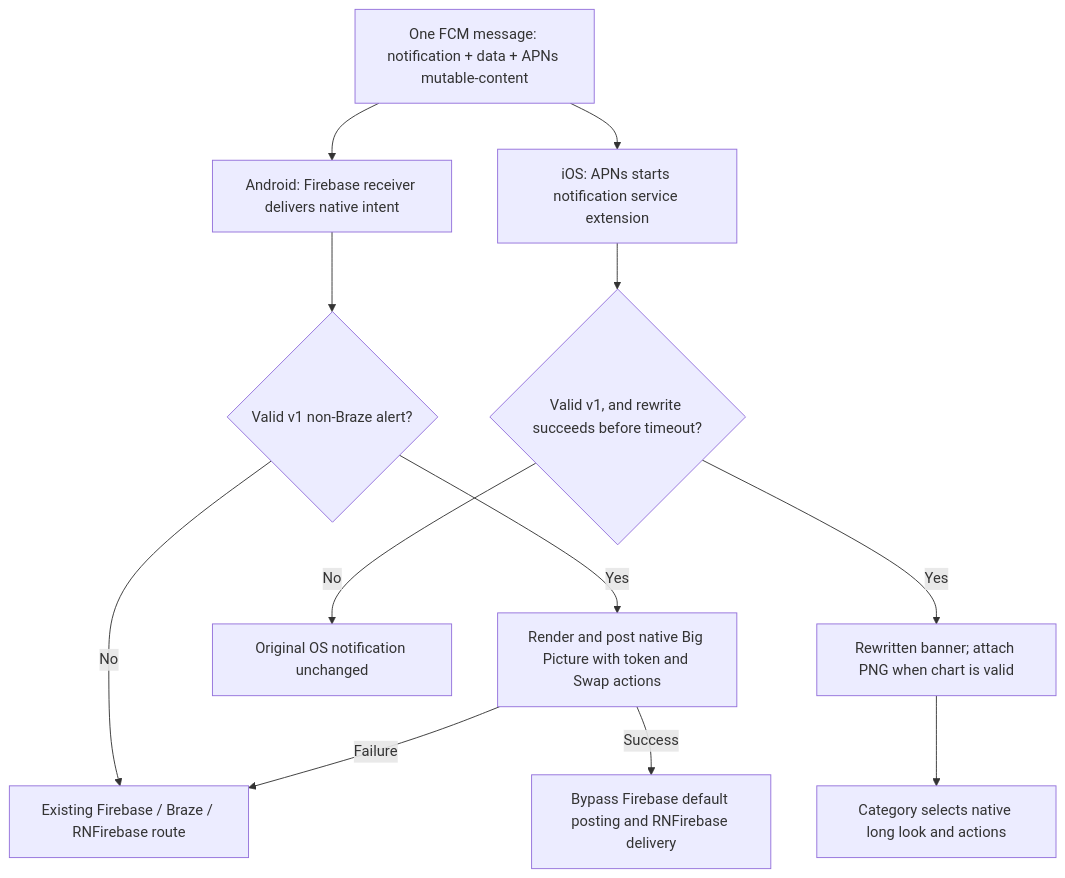
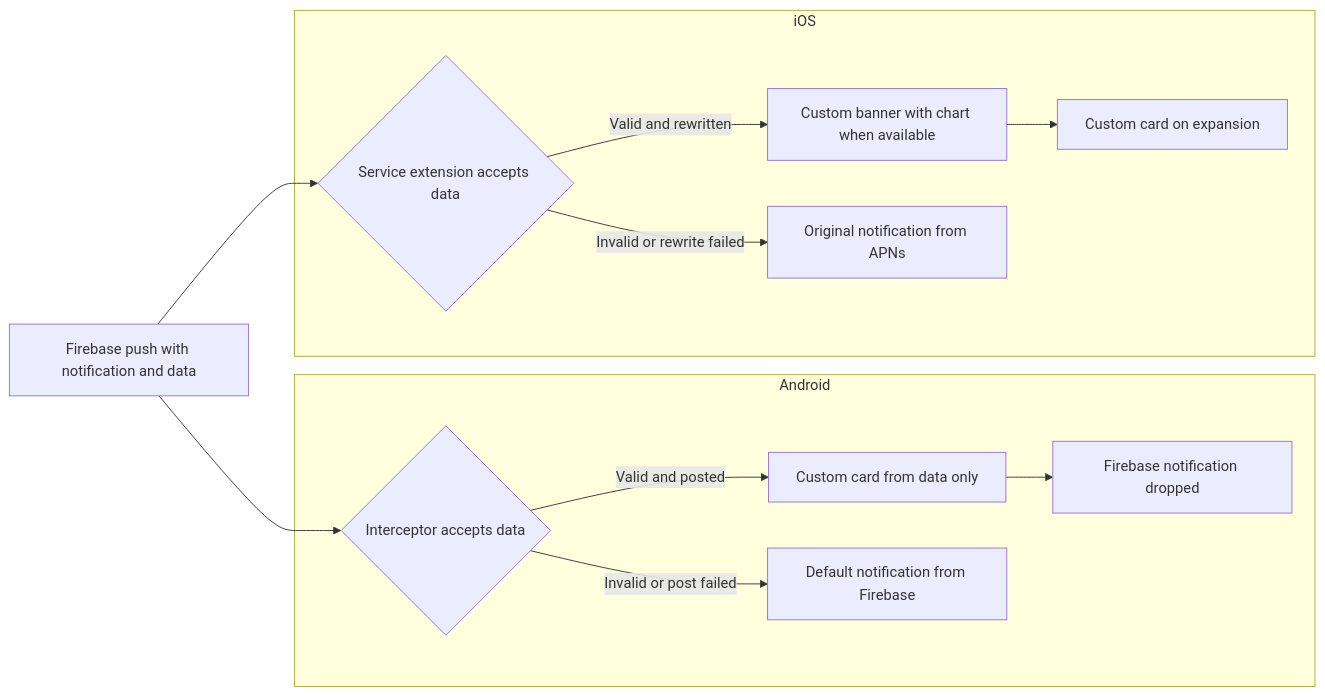
One commit to MetaMask/metamask-mobile changed the diagram in docs/poc-custom-push-notifications.md. Above: the diagram before and after it, drawn with Mermaid.

Commit message:
Simplify the price alert delivery diagram for GitHub

````diff
--- a/docs/poc-custom-push-notifications.md
+++ b/docs/poc-custom-push-notifications.md
@@ -38,14 +38,24 @@
 ```mermaid
-flowchart TD
-    S["One FCM message: notification + data + APNs mutable-content"] --> A["Android: Firebase receiver delivers native intent"]
-    S --> I["iOS: APNs starts notification service extension"]
-    A --> V{"Valid v1 non-Braze alert?"}
-    V -->|No| F["Existing Firebase / Braze / RNFirebase route"]
-    V -->|Yes| P["Render and post native Big Picture with token and Swap actions"]
-    P -->|Success| N["Bypass Firebase default posting and RNFirebase delivery"]
-    P -->|Failure| F
-    I --> W{"Valid v1, and rewrite succeeds before timeout?"}
-    W -->|No| O["Original OS notification unchanged"]
-    W -->|Yes| R["Rewritten banner; attach PNG when chart is valid"]
-    R --> L["Category selects native long look and actions"]
+flowchart LR
+    Push["Firebase push with notification and data"]
+    subgraph Android
+        AndroidIntercept{"Interceptor accepts data"}
+        AndroidCard["Custom card from data only"]
+        AndroidDrop["Firebase notification dropped"]
+        AndroidDefault["Default notification from Firebase"]
+        AndroidIntercept -->|Valid and posted| AndroidCard
+        AndroidCard --> AndroidDrop
+        AndroidIntercept -->|Invalid or post failed| AndroidDefault
+    end
+    subgraph iOS
+        IOSIntercept{"Service extension accepts data"}
+        IOSCard["Custom banner with chart when available"]
+        IOSLongLook["Custom card on expansion"]
+        IOSDefault["Original notification from APNs"]
+        IOSIntercept -->|Valid and rewritten| IOSCard
+        IOSIntercept -->|Invalid or rewrite failed| IOSDefault
+        IOSCard --> IOSLongLook
+    end
+    Push --> AndroidIntercept
+    Push --> IOSIntercept
 ```
````
